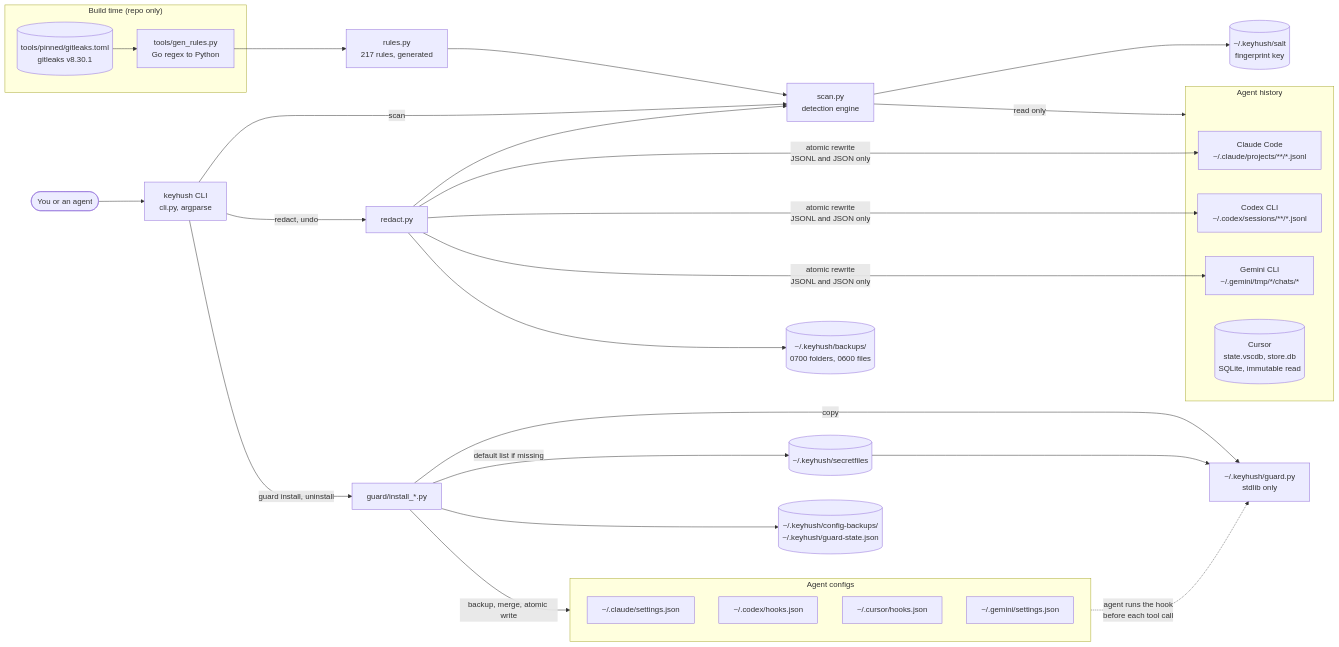
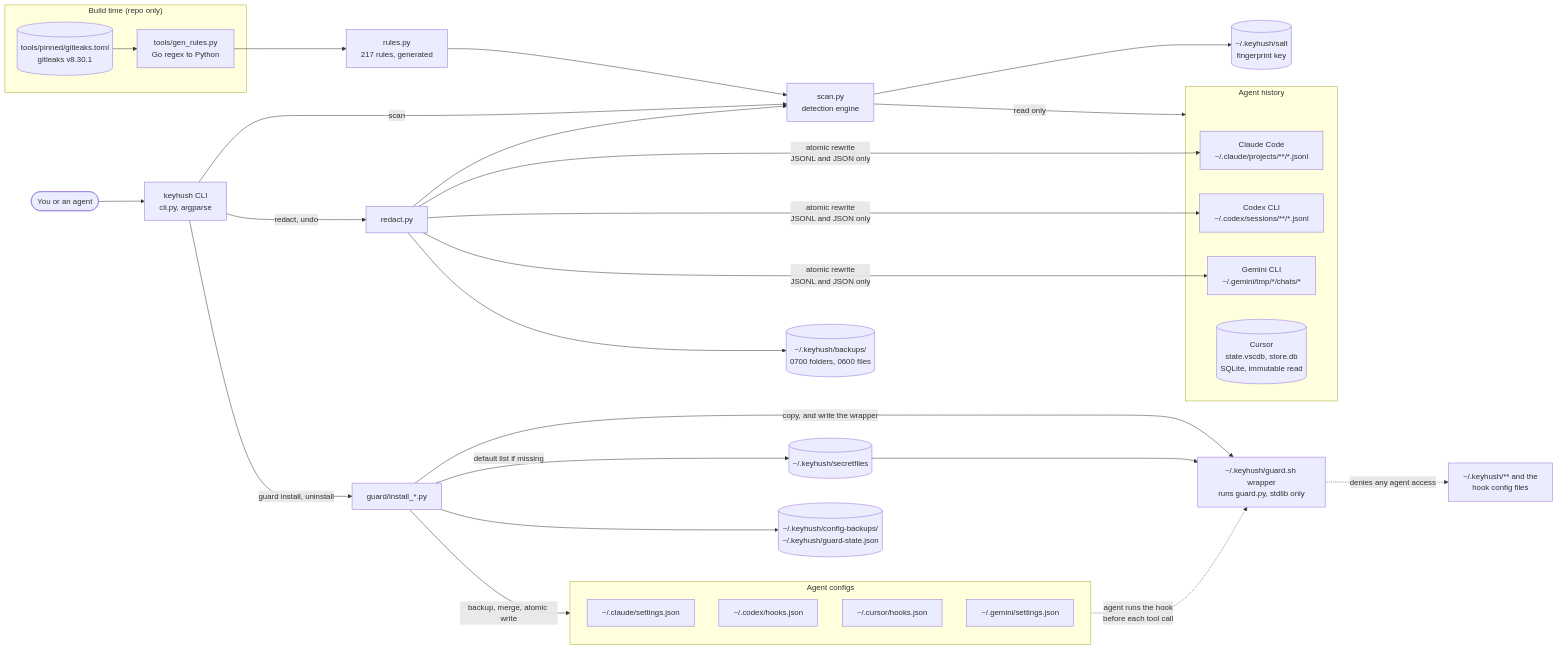
The first of 3 diagrams in README.md (Sparli/denypeek), drawn with Mermaid before and after one commit. The commit also changed other lines of this file and 3 other files, not shown here.

First line of the commit message:
docs: guard flow, README and guard spec for self-protection, the wrapper and new bypass handling

````diff
--- a/README.md
+++ b/README.md
@@ -58,39 +58,40 @@
 ```mermaid
 flowchart LR
     U(["You or an agent"]) --> CLI["keyhush CLI<br/>cli.py, argparse"]
 
     subgraph build["Build time (repo only)"]
         GL[("tools/pinned/gitleaks.toml<br/>gitleaks v8.30.1")] --> GEN["tools/gen_rules.py<br/>Go regex to Python"]
     end
     GEN --> RULES["rules.py<br/>217 rules, generated"]
 
     CLI -->|scan| SCAN["scan.py<br/>detection engine"]
     RULES --> SCAN
     SCAN -->|read only| SRC
     subgraph SRC["Agent history"]
         C1["Claude Code<br/>~/.claude/projects/**/*.jsonl"]
         C2["Codex CLI<br/>~/.codex/sessions/**/*.jsonl"]
         C3["Gemini CLI<br/>~/.gemini/tmp/*/chats/*"]
         C4[("Cursor<br/>state.vscdb, store.db<br/>SQLite, immutable read")]
     end
 
     CLI -->|redact, undo| RED["redact.py"]
     RED --> SCAN
     RED -->|"atomic rewrite<br/>JSONL and JSON only"| C1 & C2 & C3
     RED --> BK[("~/.keyhush/backups/<br/>0700 folders, 0600 files")]
     SCAN --> SALT[("~/.keyhush/salt<br/>fingerprint key")]
 
     CLI -->|guard install, uninstall| INST["guard/install_*.py"]
-    INST -->|copy| GP["~/.keyhush/guard.py<br/>stdlib only"]
+    INST -->|"copy, and write the wrapper"| GP["~/.keyhush/guard.sh wrapper<br/>runs guard.py, stdlib only"]
     INST -->|"default list if missing"| PAT[("~/.keyhush/secretfiles")]
     INST -->|"backup, merge, atomic write"| CFG
     INST --> CB[("~/.keyhush/config-backups/<br/>~/.keyhush/guard-state.json")]
     subgraph CFG["Agent configs"]
         K1["~/.claude/settings.json"]
         K2["~/.codex/hooks.json"]
         K3["~/.cursor/hooks.json"]
         K4["~/.gemini/settings.json"]
     end
     CFG -.->|"agent runs the hook<br/>before each tool call"| GP
     PAT --> GP
+    GP -.->|"denies any agent access"| PROT["~/.keyhush/** and the<br/>hook config files"]
 ```
````
